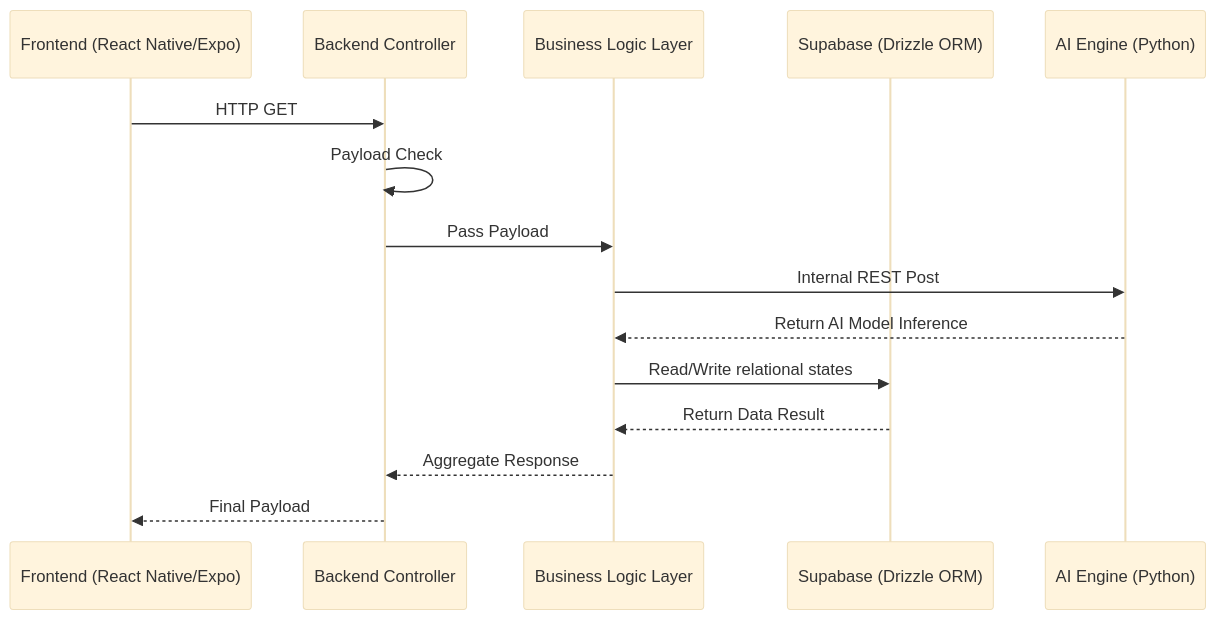
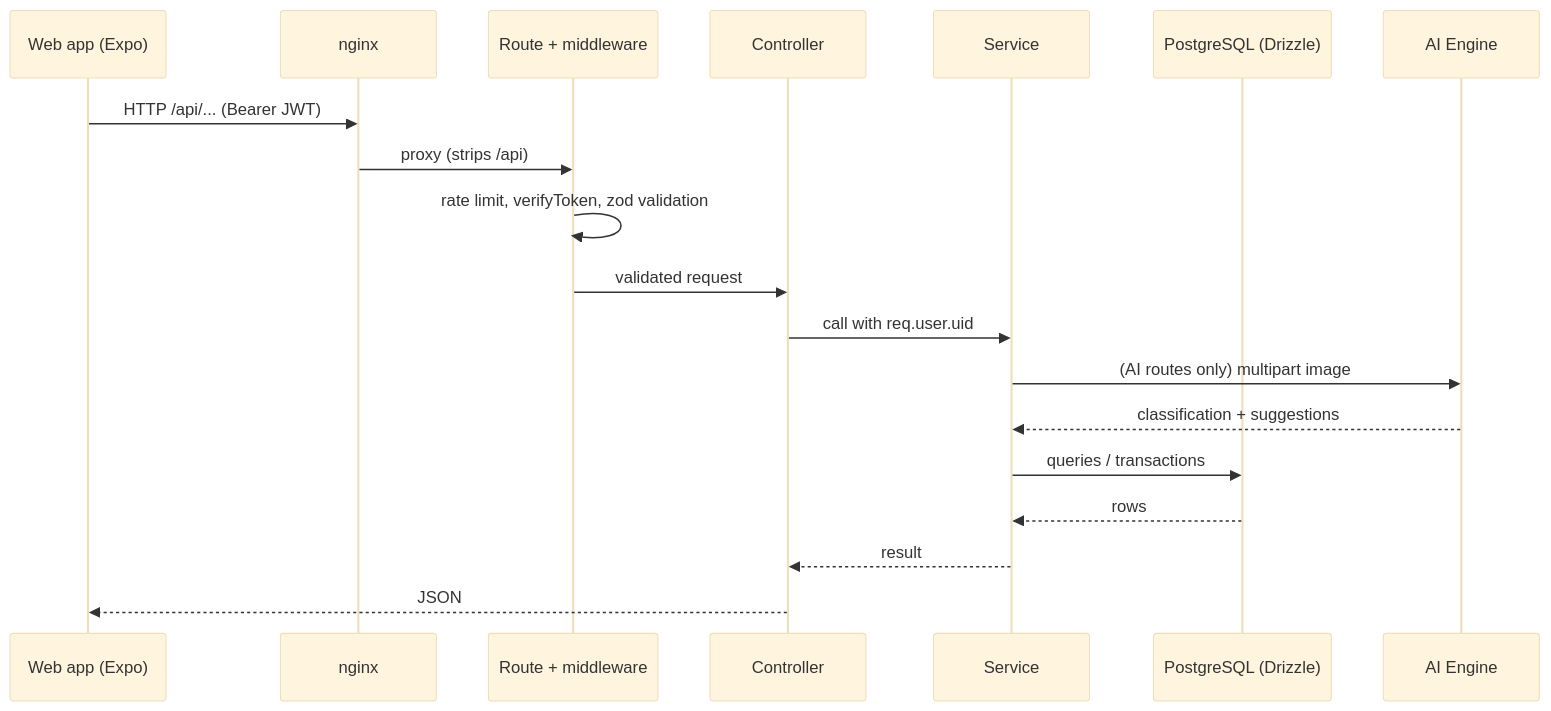
The second of 2 diagrams in ARCHITECTURE.md (Oti404/wearwise_oldd), drawn with Mermaid (base theme) before and after one commit. The commit also changed other lines of this file and 12 other files, not shown here.

````diff
--- a/ARCHITECTURE.md
+++ b/ARCHITECTURE.md
@@ -8,18 +24,22 @@
 ```mermaid
 sequenceDiagram
-    participant Client as Frontend (React Native/Expo)
-    participant Routing as Backend Controller
-    participant Service as Business Logic Layer
-    participant DB as Supabase (Drizzle ORM)
-    participant AI as AI Engine (Python)
+    participant Client as Web app (Expo)
+    participant Nginx as nginx
+    participant Route as Route + middleware
+    participant Ctrl as Controller
+    participant Svc as Service
+    participant DB as PostgreSQL (Drizzle)
+    participant AI as AI Engine
 
-    Client->>Routing: HTTP GET
-    Routing->>Routing: Payload Check
-    Routing->>Service: Pass Payload
-    Service->>AI: Internal REST Post
-    AI-->>Service: Return AI Model Inference
-    Service->>DB: Read/Write relational states
-    DB-->>Service: Return Data Result
-    Service-->>Routing: Aggregate Response
-    Routing-->>Client: Final Payload
+    Client->>Nginx: HTTP /api/... (Bearer JWT)
+    Nginx->>Route: proxy (strips /api)
+    Route->>Route: rate limit, verifyToken, zod validation
+    Route->>Ctrl: validated request
+    Ctrl->>Svc: call with req.user.uid
+    Svc->>AI: (AI routes only) multipart image
+    AI-->>Svc: classification + suggestions
+    Svc->>DB: queries / transactions
+    DB-->>Svc: rows
+    Svc-->>Ctrl: result
+    Ctrl-->>Client: JSON
 ```
````
